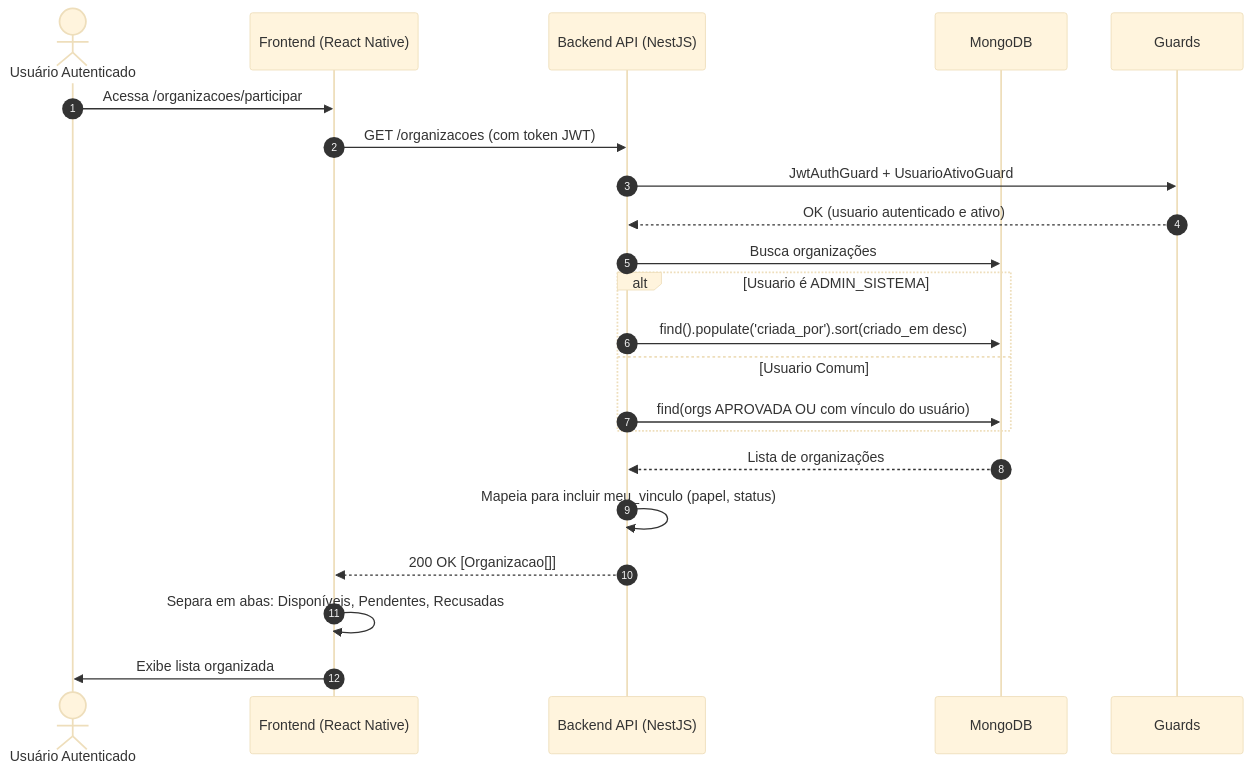
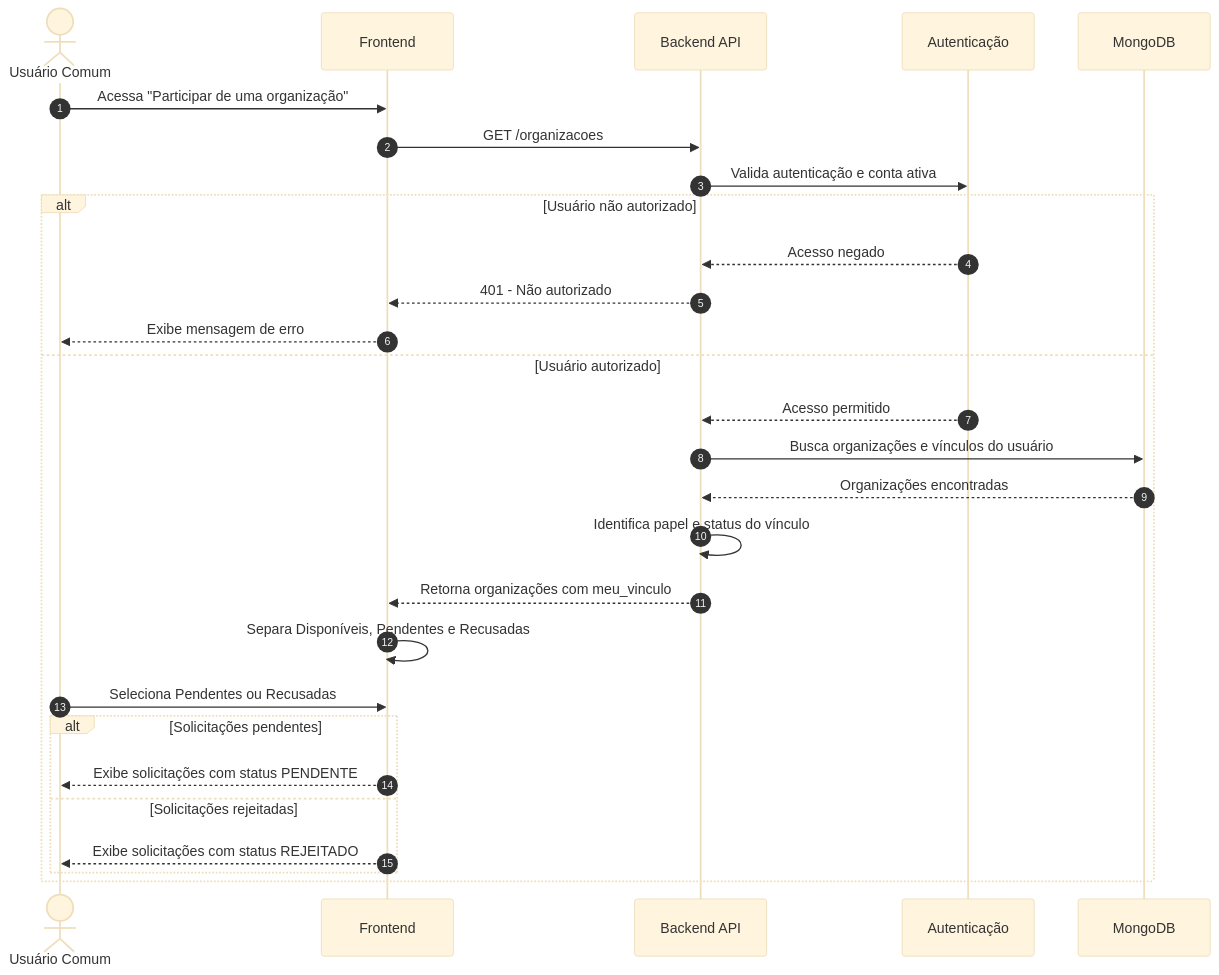
The fourth of 9 diagrams in docs/cadastro-usuario/6 - diagramas-sequencia-cadastro-usuario.md (MrLucasMoreira/PDSI-Conecta-), drawn with Mermaid (base theme) before and after one commit. The commit also changed other lines of this file and 7 other files, not shown here.

````diff
--- a/docs/cadastro-usuario/6 - diagramas-sequencia-cadastro-usuario.md
+++ b/docs/cadastro-usuario/6 - diagramas-sequencia-cadastro-usuario.md
@@ -220,27 +169,38 @@
 ```mermaid
 sequenceDiagram
     autonumber
-    actor Usuario as Usuário Autenticado
-    participant Frontend as Frontend (React Native)
-    participant API as Backend API (NestJS)
+
+    actor Usuario as Usuário Comum
+    participant Frontend as Frontend
+    participant API as Backend API
+    participant Guards as Autenticação
     participant DB as MongoDB
-    participant Guards as Guards
 
-    Usuario->>Frontend: Acessa /organizacoes/participar
-    Frontend->>API: GET /organizacoes (com token JWT)
-    API->>Guards: JwtAuthGuard + UsuarioAtivoGuard
-    Guards-->>API: OK (usuario autenticado e ativo)
-    API->>DB: Busca organizações
-    
-    alt Usuario é ADMIN_SISTEMA
-        API->>DB: find().populate('criada_por').sort(criado_em desc)
-    else Usuario Comum
-        API->>DB: find(orgs APROVADA OU com vínculo do usuário)
+    Usuario->>Frontend: Acessa "Participar de uma organização"
+    Frontend->>API: GET /organizacoes
+
+    API->>Guards: Valida autenticação e conta ativa
+
+    alt Usuário não autorizado
+        Guards-->>API: Acesso negado
+        API-->>Frontend: 401 - Não autorizado
+        Frontend-->>Usuario: Exibe mensagem de erro
+    else Usuário autorizado
+        Guards-->>API: Acesso permitido
+        API->>DB: Busca organizações e vínculos do usuário
+        DB-->>API: Organizações encontradas
+
+        API->>API: Identifica papel e status do vínculo
+        API-->>Frontend: Retorna organizações com meu_vinculo
+
+        Frontend->>Frontend: Separa Disponíveis, Pendentes e Recusadas
+
+        Usuario->>Frontend: Seleciona Pendentes ou Recusadas
+
+        alt Solicitações pendentes
+            Frontend-->>Usuario: Exibe solicitações com status PENDENTE
+        else Solicitações rejeitadas
+            Frontend-->>Usuario: Exibe solicitações com status REJEITADO
+        end
     end
-    
-    DB-->>API: Lista de organizações
-    API->>API: Mapeia para incluir meu_vinculo (papel, status)
-    API-->>Frontend: 200 OK [Organizacao[]]
-    Frontend->>Frontend: Separa em abas: Disponíveis, Pendentes, Recusadas
-    Frontend->>Usuario: Exibe lista organizada
 ```
````
